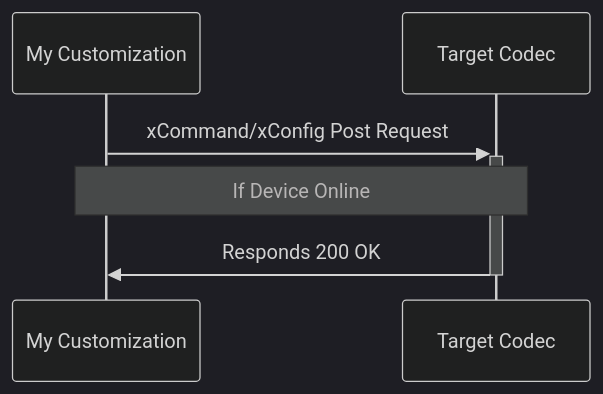
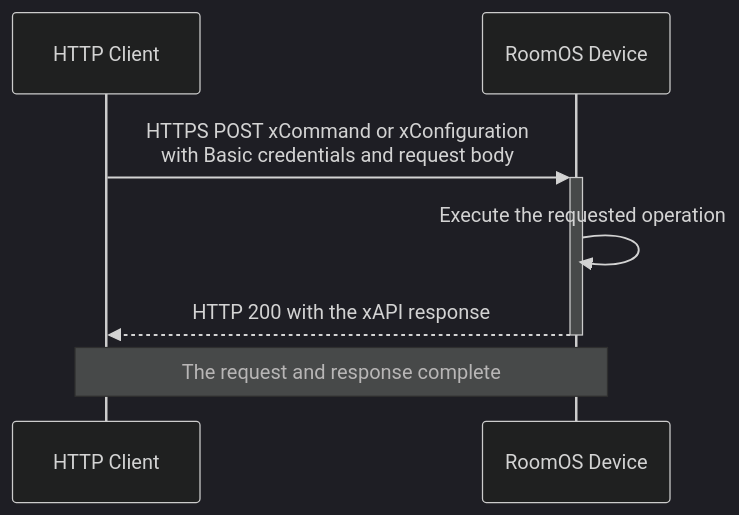
The second of 7 diagrams in docs/Main-Lab/RoomOS/rxp_xapi/rxp_xapi_cloud.md (WebexCC-SA/LAB-1451), drawn with Mermaid before and after one commit. The commit also changed other lines of this file and 1 other file, not shown here.

Commit message:
Standardize HTTP communication diagrams

````diff
--- a/docs/Main-Lab/RoomOS/rxp_xapi/rxp_xapi_cloud.md
+++ b/docs/Main-Lab/RoomOS/rxp_xapi/rxp_xapi_cloud.md
@@ -34,9 +36,10 @@
                 ``` mermaid
                 %%{init: {'theme':'dark'}}%%
                 sequenceDiagram
-                  participant My Customization
-                  participant Target Codec
-                  My Customization->>+Target Codec: xCommand/xConfig Post Request
-                  Note over My Customization,Target Codec: If Device Online
-                  Target Codec->>- My Customization: Responds 200 OK
+                  participant Client as HTTP Client
+                  participant Device as RoomOS Device
+                  Client->>+Device: HTTPS POST xCommand or xConfiguration<br>with Basic credentials and request body
+                  Device->>Device: Execute the requested operation
+                  Device-->>-Client: HTTP 200 with the xAPI response
+                  Note over Client,Device: The request and response complete
                 ```
````
